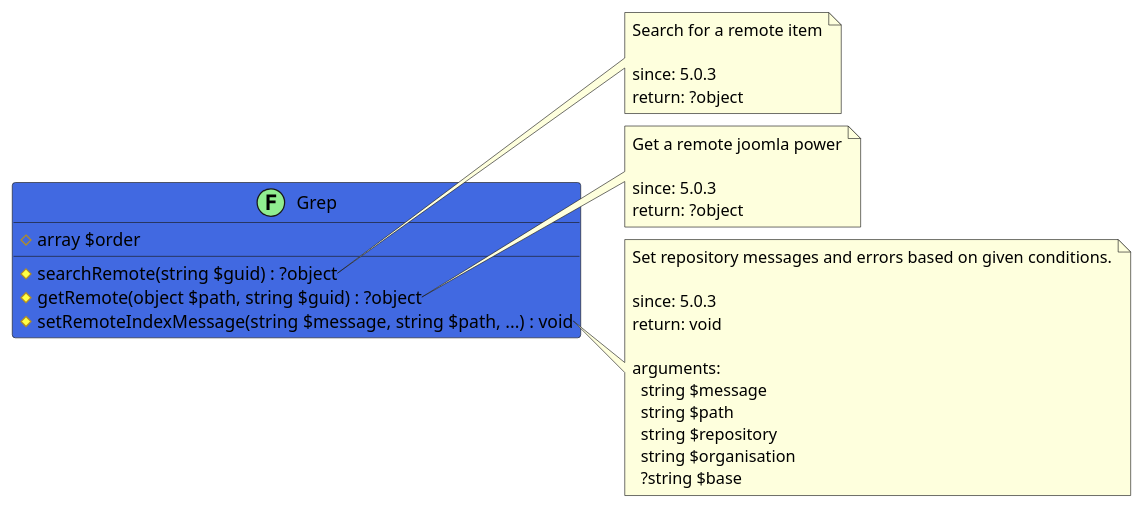
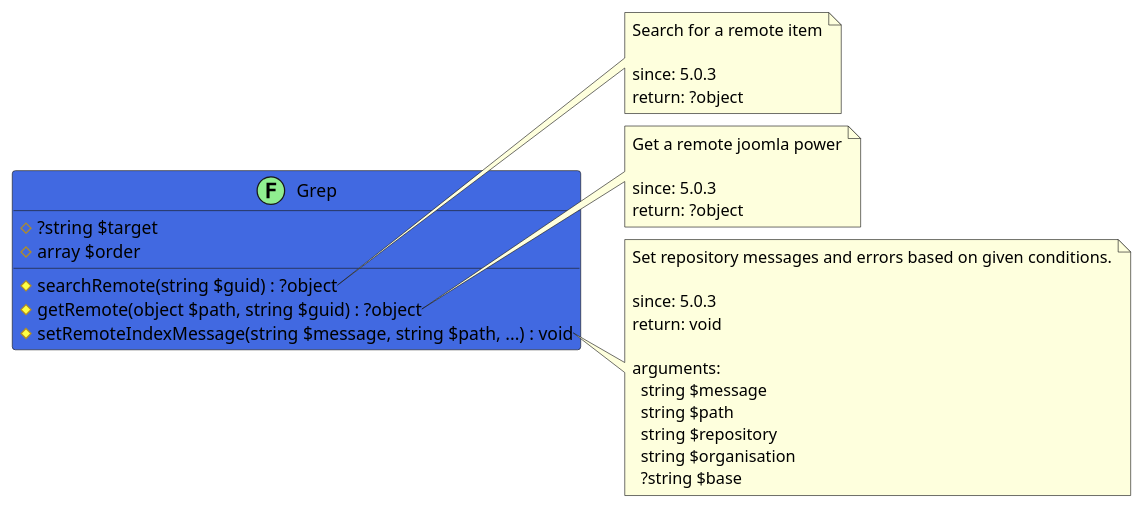
One commit to joomengine/jcb-compiler changed the diagram in src/d8d35836-60f2-4464-a306-097f079c4f13/README.md. Above: the diagram before and after it, drawn with PlantUML. The commit also changed 123 other files, not shown here.

````diff
--- a/src/d8d35836-60f2-4464-a306-097f079c4f13/README.md
+++ b/src/d8d35836-60f2-4464-a306-097f079c4f13/README.md
@@ -13,39 +13,40 @@
 ```uml
 @startuml
 class Grep << (F,LightGreen) >> #RoyalBlue {
+  # ?string $target
   # array $order
   # searchRemote(string $guid) : ?object
   # getRemote(object $path, string $guid) : ?object
   # setRemoteIndexMessage(string $message, string $path, ...) : void
 }
 
 note right of Grep::searchRemote
   Search for a remote item
 
   since: 5.0.3
   return: ?object
 end note
 
 note right of Grep::getRemote
   Get a remote joomla power
 
   since: 5.0.3
   return: ?object
 end note
 
 note right of Grep::setRemoteIndexMessage
   Set repository messages and errors based on given conditions.
 
   since: 5.0.3
   return: void
   
   arguments:
     string $message
     string $path
     string $repository
     string $organisation
     ?string $base
 end note
  
 @enduml
 ```
````
